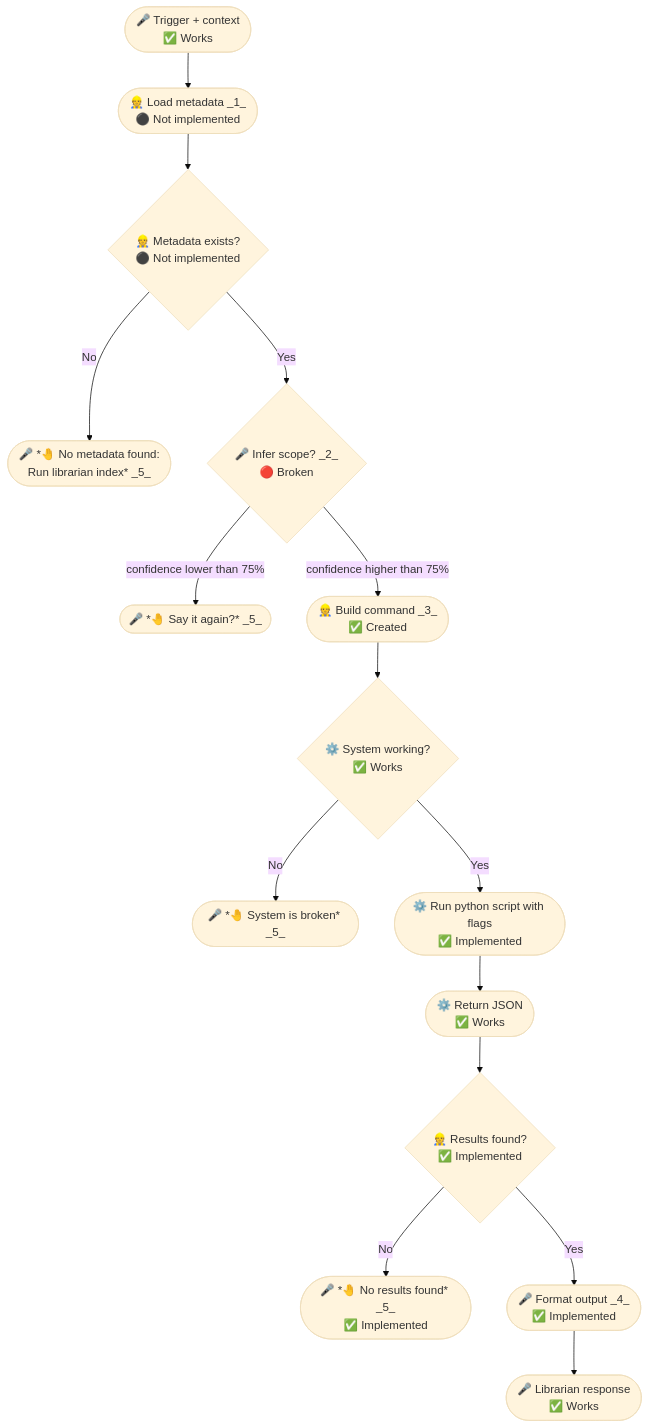
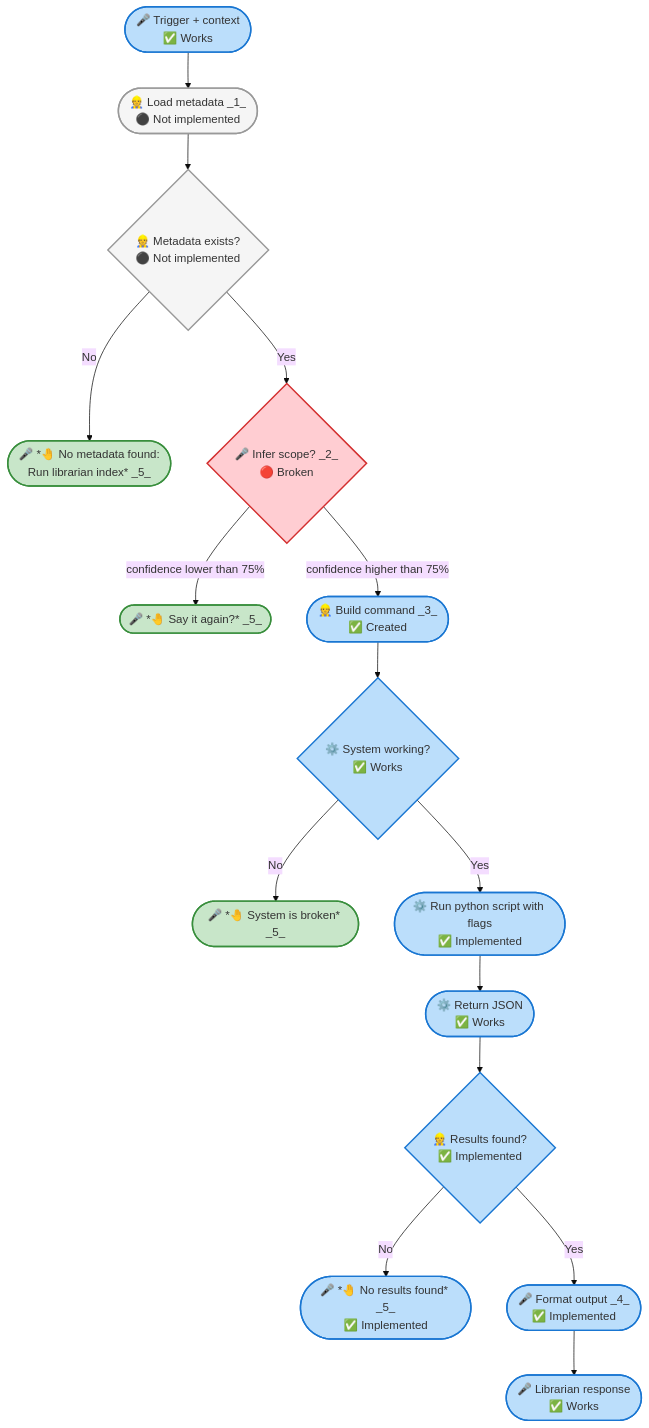
One commit to nonlinear/librarian changed the first of 2 diagrams in backstage/epic-notes/v0.15.0-skill-protocol.md. Above: the diagram before and after it, drawn with Mermaid (base theme).

Commit message:
contract: Add state classes (default/approved/blocker/developed) + classDef

````diff
--- a/backstage/epic-notes/v0.15.0-skill-protocol.md
+++ b/backstage/epic-notes/v0.15.0-skill-protocol.md
@@ -3,25 +3,30 @@
 ```mermaid
 flowchart TB
-    TRIGGER(["🎤 Trigger + context<br/>✅ Works"])
-    TRIGGER --> METADATA(["👷 Load metadata _1_<br/>⚫ Not implemented"])
-    METADATA --> CHECK{"👷 Metadata exists?<br/>⚫ Not implemented"}
+    TRIGGER(["🎤 Trigger + context<br/>✅ Works"]):::developed
+    TRIGGER --> METADATA(["👷 Load metadata _1_<br/>⚫ Not implemented"]):::default
+    METADATA --> CHECK{"👷 Metadata exists?<br/>⚫ Not implemented"}:::default
     
-    CHECK -->|No| ERROR(["🎤 *🤚 No metadata found:<br>Run librarian index* _5_"])
-    CHECK -->|Yes| INFER{"🎤 Infer scope? _2_<br/>🔴 Broken"}
+    CHECK -->|No| ERROR(["🎤 *🤚 No metadata found:<br>Run librarian index* _5_"]):::approved
+    CHECK -->|Yes| INFER{"🎤 Infer scope? _2_<br/>🔴 Broken"}:::blocker
     
-    INFER -->|confidence lower than 75%| CLARIFY(["🎤 *🤚 Say it again?* _5_"])
-    INFER -->|confidence higher than 75%| BUILD(["👷 Build command _3_<br/>✅ Created"])
+    INFER -->|confidence lower than 75%| CLARIFY(["🎤 *🤚 Say it again?* _5_"]):::approved
+    INFER -->|confidence higher than 75%| BUILD(["👷 Build command _3_<br/>✅ Created"]):::developed
     
-    BUILD --> CHECK_SYSTEM{"⚙️ System working?<br/>✅ Works"}
+    BUILD --> CHECK_SYSTEM{"⚙️ System working?<br/>✅ Works"}:::developed
     
-    CHECK_SYSTEM -->|No| BROKEN(["🎤 *🤚 System is broken* _5_"])
-    CHECK_SYSTEM -->|Yes| EXEC(["⚙️ Run python script with flags<br/>✅ Implemented"])
+    CHECK_SYSTEM -->|No| BROKEN(["🎤 *🤚 System is broken* _5_"]):::approved
+    CHECK_SYSTEM -->|Yes| EXEC(["⚙️ Run python script with flags<br/>✅ Implemented"]):::developed
     
-    EXEC --> JSON(["⚙️ Return JSON<br/>✅ Works"])
-    JSON --> CHECK_RESULTS{"👷 Results found?<br/>✅ Implemented"}
+    EXEC --> JSON(["⚙️ Return JSON<br/>✅ Works"]):::developed
+    JSON --> CHECK_RESULTS{"👷 Results found?<br/>✅ Implemented"}:::developed
     
-    CHECK_RESULTS -->|No| EMPTY(["🎤 *🤚 No results found* _5_<br/>✅ Implemented"])
-    CHECK_RESULTS -->|Yes| FORMAT(["🎤 Format output _4_<br/>✅ Implemented"])
+    CHECK_RESULTS -->|No| EMPTY(["🎤 *🤚 No results found* _5_<br/>✅ Implemented"]):::developed
+    CHECK_RESULTS -->|Yes| FORMAT(["🎤 Format output _4_<br/>✅ Implemented"]):::developed
     
-    FORMAT --> RESPONSE(["🎤 Librarian response<br/>✅ Works"])
+    FORMAT --> RESPONSE(["🎤 Librarian response<br/>✅ Works"]):::developed
+    
+    classDef default fill:#f5f5f5,stroke:#999,stroke-width:2px
+    classDef approved fill:#C8E6C9,stroke:#388E3C,stroke-width:2px
+    classDef blocker fill:#FFCDD2,stroke:#D32F2F,stroke-width:2px
+    classDef developed fill:#BBDEFB,stroke:#1976D2,stroke-width:2px
 ```
````
